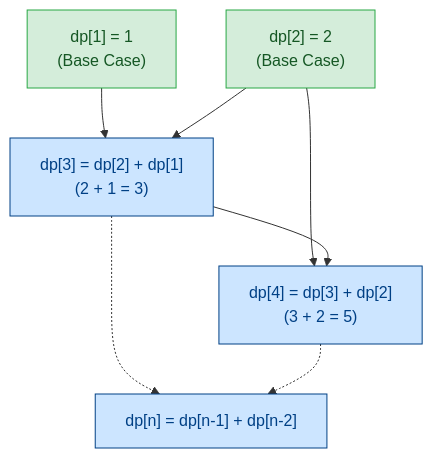
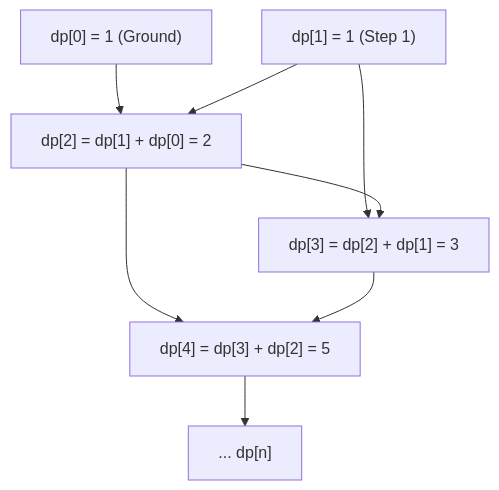
Before and after one commit to RohanRam/LeetCode: the diagram in 13-Math/70. Climbing Stairs/README.md, drawn with Mermaid. The commit also changed other lines of this file, not shown here.

````diff
--- a/13-Math/70. Climbing Stairs/README.md
+++ b/13-Math/70. Climbing Stairs/README.md
@@ -46,18 +49,10 @@
 ```mermaid
-graph TD
-    classDef base fill:#d4edda,stroke:#28a745,color:#155724;
-    classDef calc fill:#cce5ff,stroke:#004085,color:#004085;
-
-    Step1["dp[1] = 1<br>(Base Case)"]:::base
-    Step2["dp[2] = 2<br>(Base Case)"]:::base
-    Step3["dp[3] = dp[2] + dp[1]<br>(2 + 1 = 3)"]:::calc
-    Step4["dp[4] = dp[3] + dp[2]<br>(3 + 2 = 5)"]:::calc
-    StepN["dp[n] = dp[n-1] + dp[n-2]"]:::calc
-
-    Step1 --> Step3
-    Step2 --> Step3
-    Step2 --> Step4
-    Step3 --> Step4
-    Step3 -.-> StepN
-    Step4 -.-> StepN
+flowchart TD
+    A["dp[0] = 1 (Ground)"] --> C["dp[2] = dp[1] + dp[0] = 2"]
+    B["dp[1] = 1 (Step 1)"] --> C
+    B --> D["dp[3] = dp[2] + dp[1] = 3"]
+    C --> D
+    C --> E["dp[4] = dp[3] + dp[2] = 5"]
+    D --> E
+    E --> F["... dp[n]"]
 ```
````
